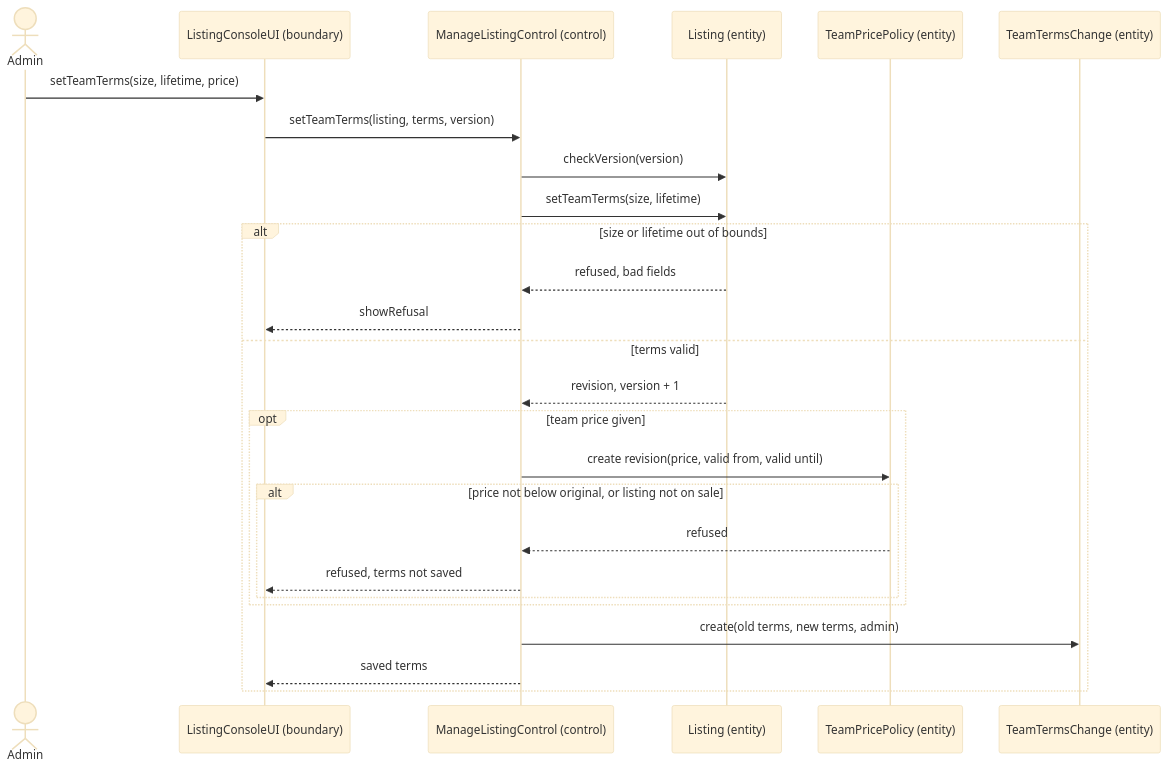
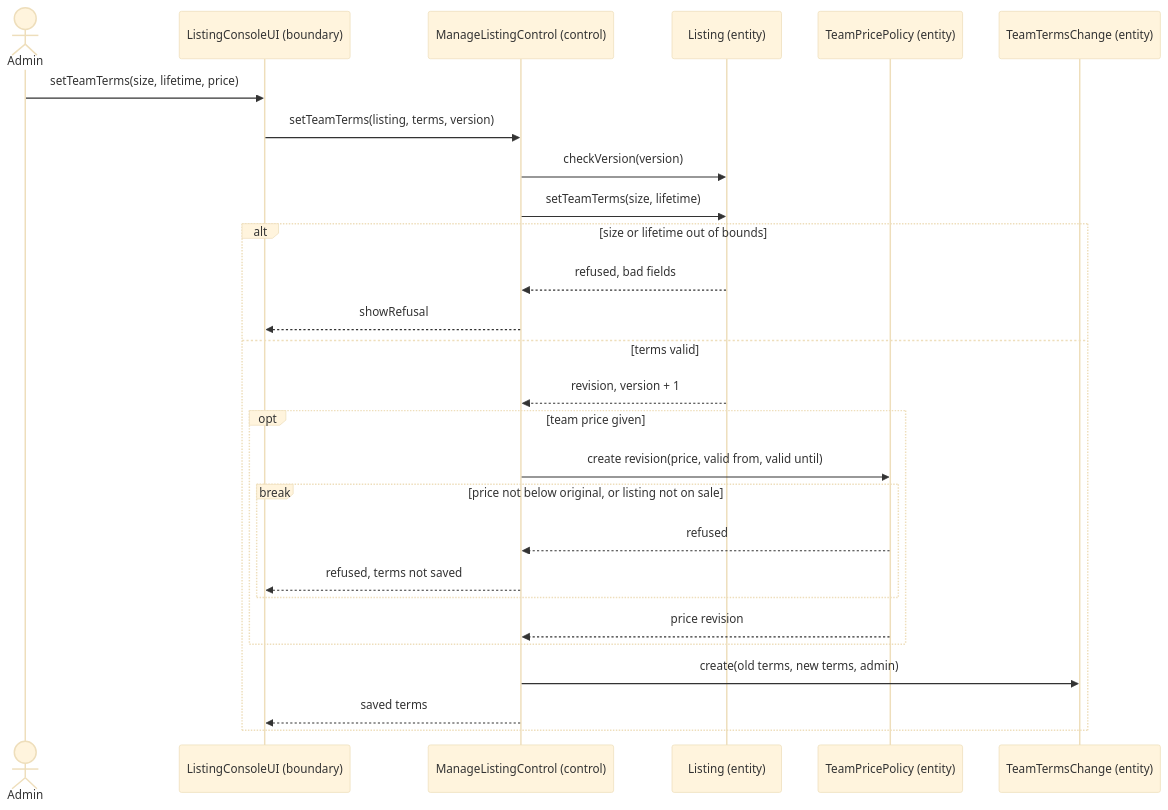
One commit to PPsyrius/iss-groupbuy-team8 changed the sixth of 17 diagrams in docs/swe5006/report/sections/03-4-5-liu-jin.md. Above: the diagram before and after it, drawn with Mermaid (base theme).

Commit message:
docs(report): Figure 3.100 draws the refused team price as a break that ends the flow, and the accepted price's reply at 3.4.5 B (#463) [owner: Liu Jin]
The price refusal was a one-branch alt. The flow then read as if it went
on to create the terms change after a refusal, the control's and the
UI's bars closed, so the later create and saved-terms messages left bare
lifelines, and one bar ran below the outer frame. The refusal is now a
break, so it ends the flow with the terms not saved, and an accepted
price answers the control with the price revision before the terms
change is recorded.

A rejected price policy throws out of the terms command, which rolls the
terms back
(backend/blocbuy-application/src/main/java/com/blocbuy/catalog/service/TeamTermsAppServiceImpl.java:48@6d14e449);
an accepted one returns the policy revision, and only then is the terms
change appended
(backend/blocbuy-application/src/main/java/com/blocbuy/catalog/service/TeamTermsAppServiceImpl.java:46@6d14e449,
:50@6d14e449).

Owner: Liu Jin

Evidence-skipped: report figure; the sprint log entry of this PR covers it
Claude-Session: https://claude.ai/code/session_01JW6rqhVURQAqLAddc56V99

````diff
--- a/docs/swe5006/report/sections/03-4-5-liu-jin.md
+++ b/docs/swe5006/report/sections/03-4-5-liu-jin.md
@@ -287,28 +287,29 @@
 ```mermaid
 sequenceDiagram
     actor Admin
     participant UI as ListingConsoleUI (boundary)
     participant C as ManageListingControl (control)
     participant L as Listing (entity)
     participant P as TeamPricePolicy (entity)
     participant H as TeamTermsChange (entity)
     Admin->>UI: setTeamTerms(size, lifetime, price)
     UI->>C: setTeamTerms(listing, terms, version)
     C->>L: checkVersion(version)
     C->>L: setTeamTerms(size, lifetime)
     alt size or lifetime out of bounds
         L-->>C: refused, bad fields
         C-->>UI: showRefusal
     else terms valid
         L-->>C: revision, version + 1
         opt team price given
             C->>P: create revision(price, valid from, valid until)
-            alt price not below original, or listing not on sale
+            break price not below original, or listing not on sale
                 P-->>C: refused
                 C-->>UI: refused, terms not saved
             end
+            P-->>C: price revision
         end
         C->>H: create(old terms, new terms, admin)
         C-->>UI: saved terms
     end
 ```
````
